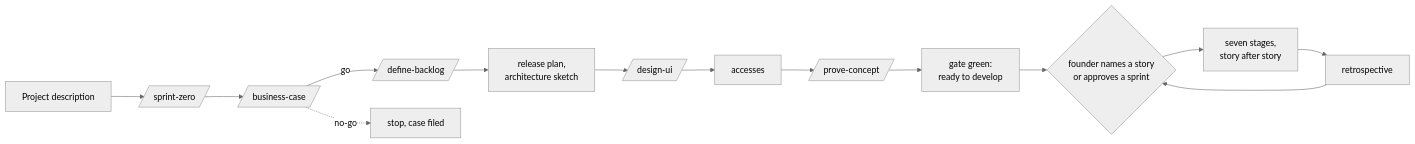
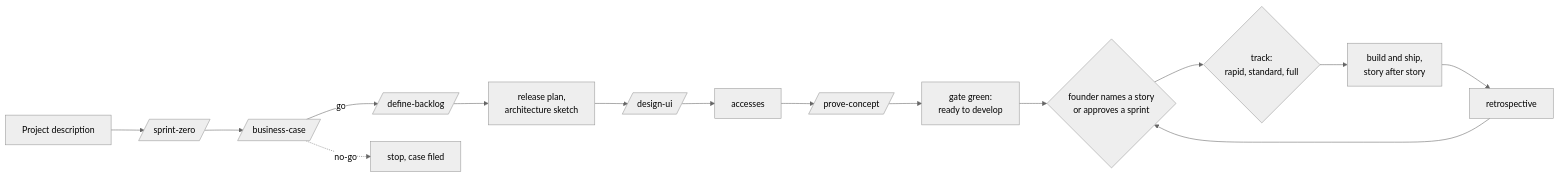
Before and after one commit to zsipkai/sipkai-pod: the diagram in sdlc/README.md, drawn with Mermaid (neutral theme). The commit also changed other lines of this file and 39 other files, not shown here.

````diff
--- a/sdlc/README.md
+++ b/sdlc/README.md
@@ -15,16 +15,17 @@
 ```mermaid
 flowchart LR
     D[Project description] --> S0[/sprint-zero/]
     S0 --> BC[/business-case/]
     BC -->|go| BL[/define-backlog/]
     BC -.->|no-go| X[stop, case filed]
     BL --> PL[release plan,<br/>architecture sketch]
     PL --> UI[/design-ui/]
     UI --> AC[accesses]
     AC --> POC[/prove-concept/]
     POC --> G0[gate green:<br/>ready to develop]
     G0 --> SP{founder names a story<br/>or approves a sprint}
-    SP --> ST[seven stages,<br/>story after story]
+    SP --> TR{track:<br/>rapid, standard, full}
+    TR --> ST[build and ship,<br/>story after story]
     ST --> RT[retrospective]
     RT --> SP
 ```
````
